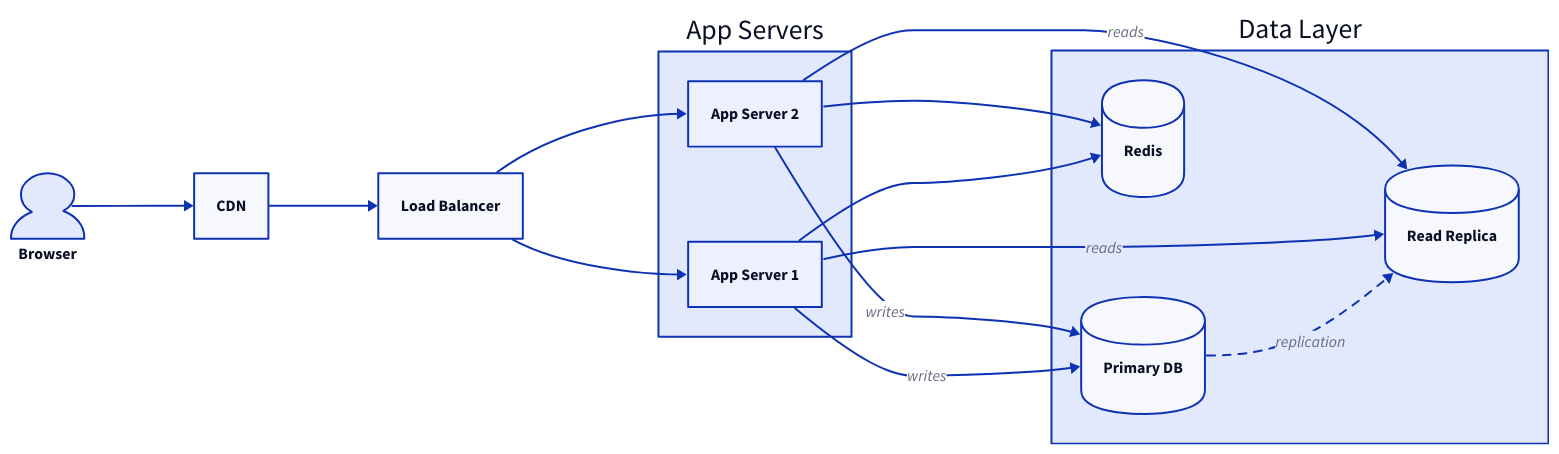
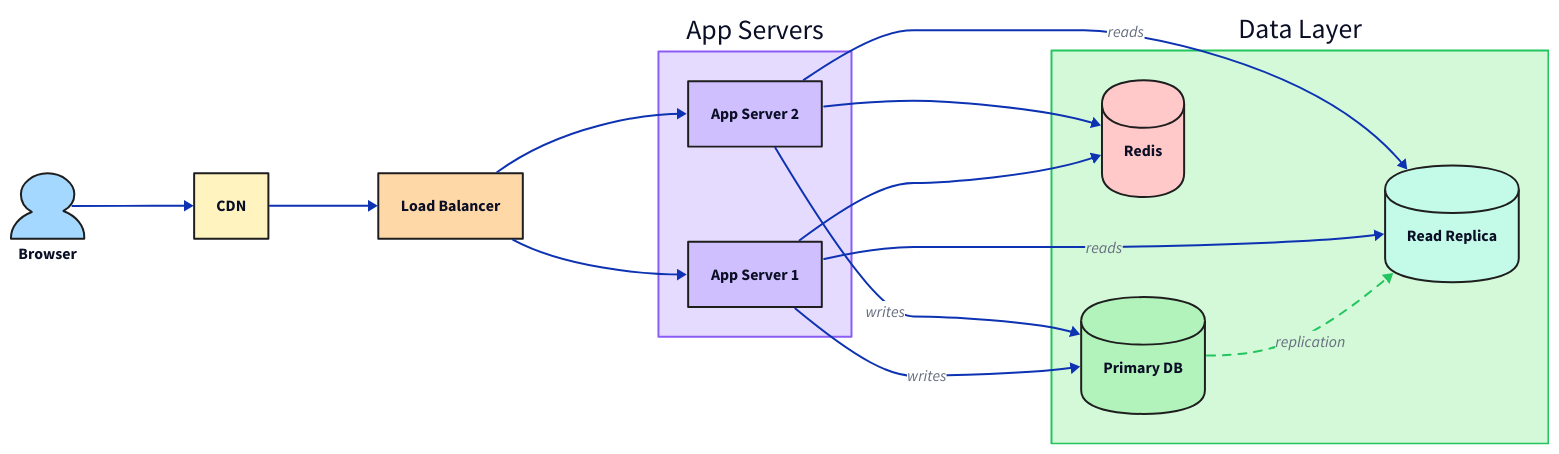
The diagram in docs/diagrams-comparison/d2/b-architecture.d2 (esciara/gascity), drawn with D2 before and after one commit. The commit also changed 12 other files, not shown here.

First line of the commit message:
docs(diagrams): port Excalidraw palette to Mermaid + D2; add Excalidraw setup guide

```diff
--- a/docs/diagrams-comparison/d2/b-architecture.d2
+++ b/docs/diagrams-comparison/d2/b-architecture.d2
@@ -1,30 +1,65 @@
 direction: right
 
-browser: Browser {shape: person}
-cdn: CDN
-lb: Load Balancer
+browser: Browser {
+  shape: person
+  style.fill: "#a5d8ff"
+  style.stroke: "#1e1e1e"
+}
+cdn: CDN {
+  style.fill: "#fff3bf"
+  style.stroke: "#1e1e1e"
+}
+lb: Load Balancer {
+  style.fill: "#ffd8a8"
+  style.stroke: "#1e1e1e"
+}
 
 apps: App Servers {
-  app1: App Server 1
-  app2: App Server 2
+  style.fill: "#e5dbff"
+  style.stroke: "#8b5cf6"
+  app1: App Server 1 {
+    style.fill: "#d0bfff"
+    style.stroke: "#1e1e1e"
+  }
+  app2: App Server 2 {
+    style.fill: "#d0bfff"
+    style.stroke: "#1e1e1e"
+  }
 }
 
 data: Data Layer {
-  db: Primary DB {shape: cylinder}
-  replica: Read Replica {shape: cylinder}
-  cache: Redis {shape: cylinder}
+  style.fill: "#d3f9d8"
+  style.stroke: "#22c55e"
+  db: Primary DB {
+    shape: cylinder
+    style.fill: "#b2f2bb"
+    style.stroke: "#1e1e1e"
+  }
+  replica: Read Replica {
+    shape: cylinder
+    style.fill: "#c3fae8"
+    style.stroke: "#1e1e1e"
+  }
+  cache: Redis {
+    shape: cylinder
+    style.fill: "#ffc9c9"
+    style.stroke: "#1e1e1e"
+  }
 
-  db -> replica: replication {style.stroke-dash: 4}
+  db -> replica: replication {
+    style.stroke-dash: 4
+    style.stroke: "#22c55e"
+  }
 }
 
 browser -> cdn
 cdn -> lb
 lb -> apps.app1
 lb -> apps.app2
 
 apps.app1 -> data.db: writes
 apps.app2 -> data.db: writes
 apps.app1 -> data.replica: reads
 apps.app2 -> data.replica: reads
 apps.app1 -> data.cache
 apps.app2 -> data.cache
```
